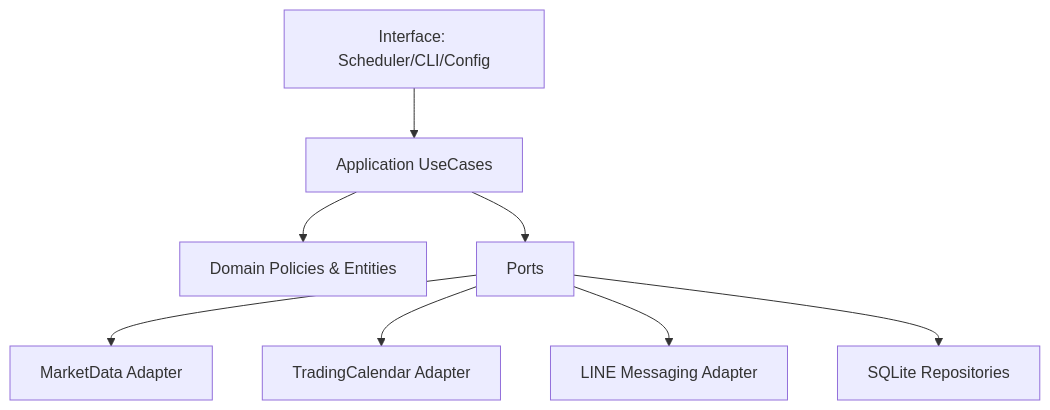
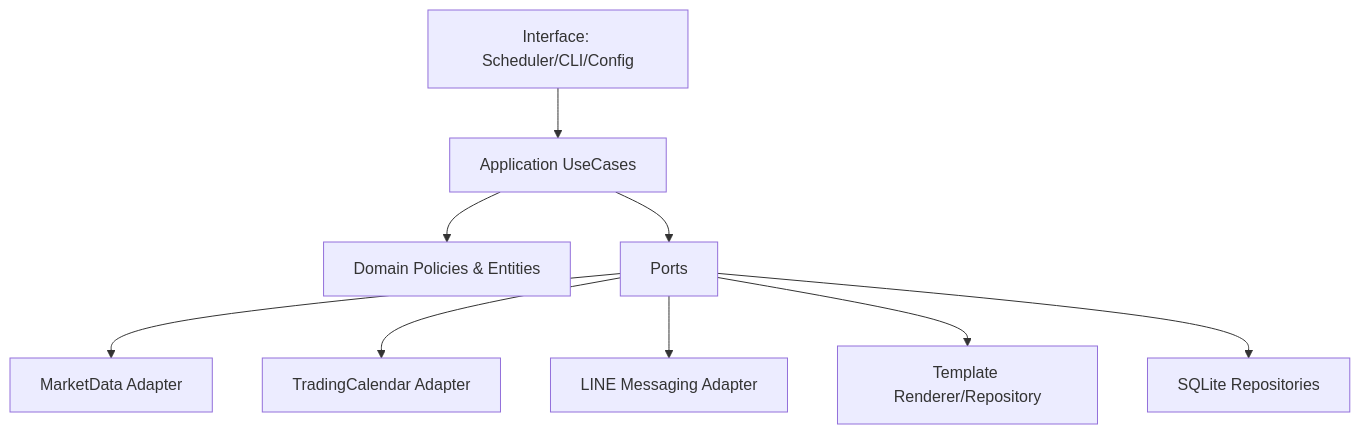
One commit to ibalasite/stock_monitor changed the first of 3 diagrams in EDD_Stock_Monitoring_System.md. Above: the diagram before and after it, drawn with Mermaid. The commit also changed other lines of this file and 38 other files, not shown here.

````diff
--- a/EDD_Stock_Monitoring_System.md
+++ b/EDD_Stock_Monitoring_System.md
@@ -94,10 +136,11 @@
 ```mermaid
 flowchart TD
     I[Interface: Scheduler/CLI/Config] --> A[Application UseCases]
     A --> D[Domain Policies & Entities]
     A --> P[Ports]
     P --> M[MarketData Adapter]
     P --> C[TradingCalendar Adapter]
     P --> L[LINE Messaging Adapter]
+    P --> T[Template Renderer/Repository]
     P --> R[SQLite Repositories]
 ```
````
